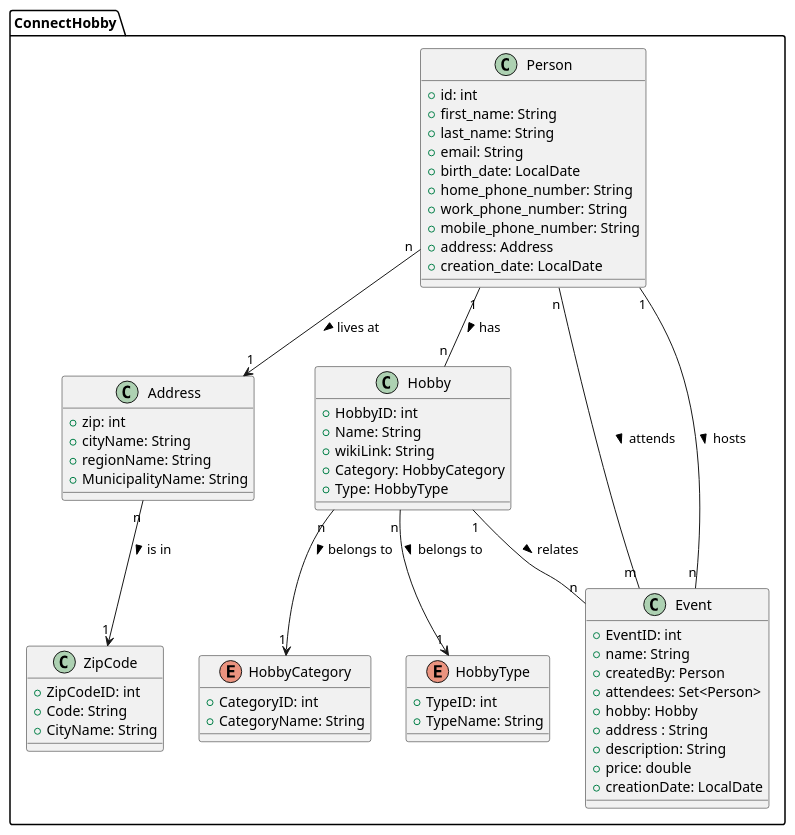
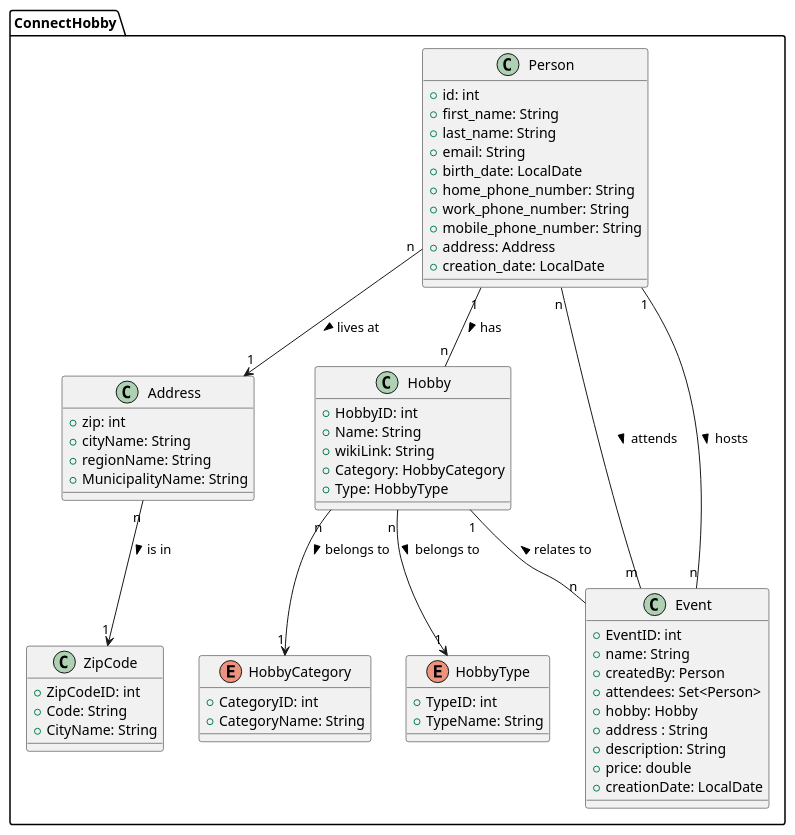
One commit to Peter537/Dat3-SP1 changed the diagram in DomainModel.puml. Above: the diagram before and after it, drawn with PlantUML.

Commit message:
domain model changes

```diff
--- a/DomainModel.puml
+++ b/DomainModel.puml
@@ -1,72 +1,72 @@
 @startuml
 package ConnectHobby {
   class Person {
      + id: int
      + first_name: String
      + last_name: String
      + email: String
      + birth_date: LocalDate
      + home_phone_number: String
      + work_phone_number: String
      + mobile_phone_number: String
      + address: Address
      + creation_date: LocalDate
 
 
   }
 
   class Address {
      + zip: int
      + cityName: String
      + regionName: String
      + MunicipalityName: String
   }
 
   class ZipCode {
      + ZipCodeID: int
      + Code: String
      + CityName: String
   }
 
   class Hobby {
      + HobbyID: int
      + Name: String
      + wikiLink: String
      + Category: HobbyCategory
      + Type: HobbyType
   }
 
   enum HobbyCategory {
      + CategoryID: int
      + CategoryName: String
   }
 
   enum HobbyType {
      + TypeID: int
      + TypeName: String
   }
 
   class Event {
      + EventID: int
      + name: String
      + createdBy: Person
      + attendees: Set<Person>
      + hobby: Hobby
      + address : String
      + description: String
      + price: double
      + creationDate: LocalDate
 
   }
 
 
   Person "n" --> "1" Address : lives at >
   Address "n" --> "1" ZipCode : is in >
   Person "1" -- "n" Hobby : has >
   Hobby "n" --> "1" HobbyCategory : belongs to >
   Hobby "n" --> "1" HobbyType : belongs to >
   Person "n" -- "m" Event : attends >
   Person "1" -- "n" Event : hosts >
-  Hobby "1" -- "n" Event : relates >
+  Hobby "1" -- "n" Event : relates to <
 }
 @enduml
```
